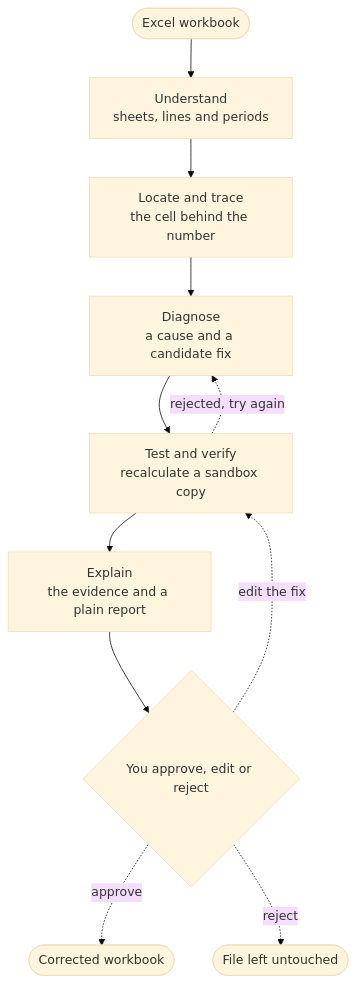
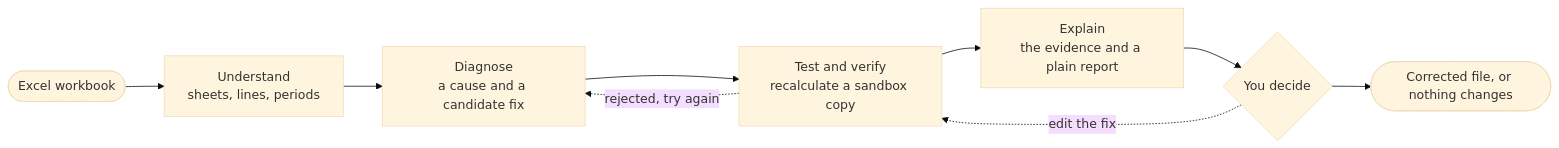
One commit to ol1ak5/model-x-ray changed the diagram in README.md. Above: the diagram before and after it, drawn with Mermaid (base theme). The commit also changed other lines of this file, not shown here.

Commit message:
docs(readme): the diagram runs left to right with one exit

````diff
--- a/README.md
+++ b/README.md
@@ -63,13 +63,11 @@
 ```mermaid
-flowchart TD
-    A([Excel workbook]) --> B["Understand<br/>sheets, lines and periods"]
-    B --> C["Locate and trace<br/>the cell behind the number"]
-    C --> D["Diagnose<br/>a cause and a candidate fix"]
-    D --> E["Test and verify<br/>recalculate a sandbox copy"]
-    E -. "rejected, try again" .-> D
-    E --> F["Explain<br/>the evidence and a plain report"]
-    F --> G{"You approve, edit or reject"}
-    G -. "edit the fix" .-> E
-    G -. "approve" .-> H([Corrected workbook])
-    G -. "reject" .-> I([File left untouched])
+flowchart LR
+    A([Excel workbook]) --> B["Understand<br/>sheets, lines, periods"]
+    B --> C["Diagnose<br/>a cause and a candidate fix"]
+    C --> D["Test and verify<br/>recalculate a sandbox copy"]
+    D -. "rejected, try again" .-> C
+    D --> E["Explain<br/>the evidence and a plain report"]
+    E --> F{"You decide"}
+    F -. "edit the fix" .-> D
+    F --> G([Corrected file, or nothing changes])
 ```
````
